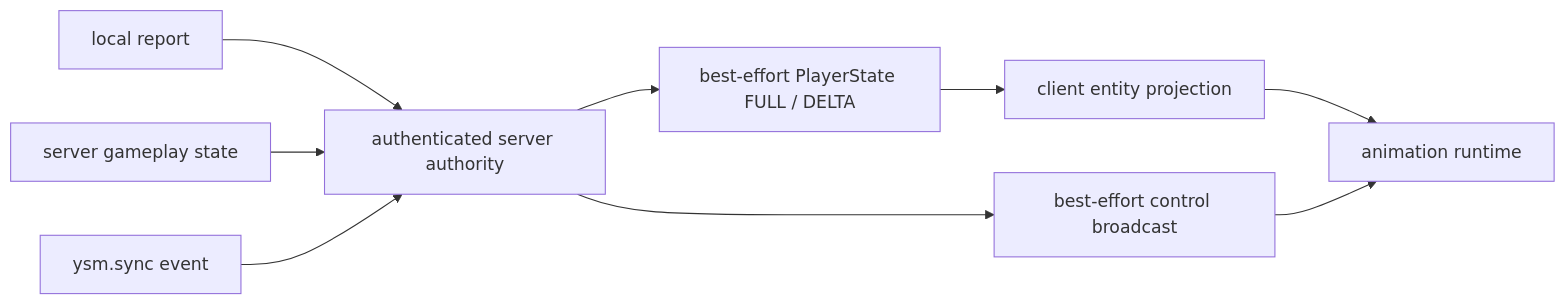
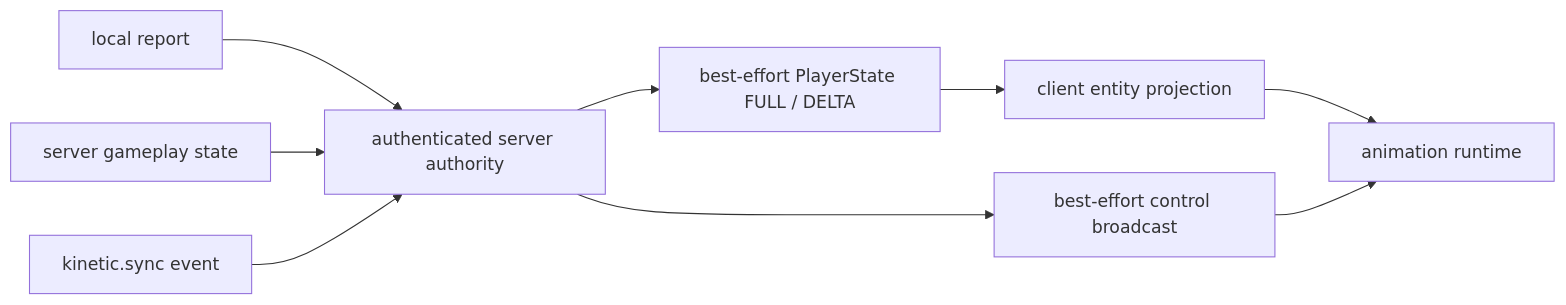
The diagram in docs/architecture/animation/state-inputs-and-sync.md (456123739/kinetic), drawn with Mermaid before and after one commit. The commit also changed other lines of this file and 3335 other files, not shown here.

````diff
--- a/docs/architecture/animation/state-inputs-and-sync.md
+++ b/docs/architecture/animation/state-inputs-and-sync.md
@@ -20,11 +20,11 @@
 ```mermaid
 flowchart LR
     Local["local report"] --> Server["authenticated server authority"]
     Game["server gameplay state"] --> Server
     Server --> Update["best-effort PlayerState FULL / DELTA"]
     Update --> Client["client entity projection"]
     Client --> Runtime["animation runtime"]
-    Sync["ysm.sync event"] --> Server
+    Sync["kinetic.sync event"] --> Server
     Server --> Event["best-effort control broadcast"]
     Event --> Runtime
 ```
````
